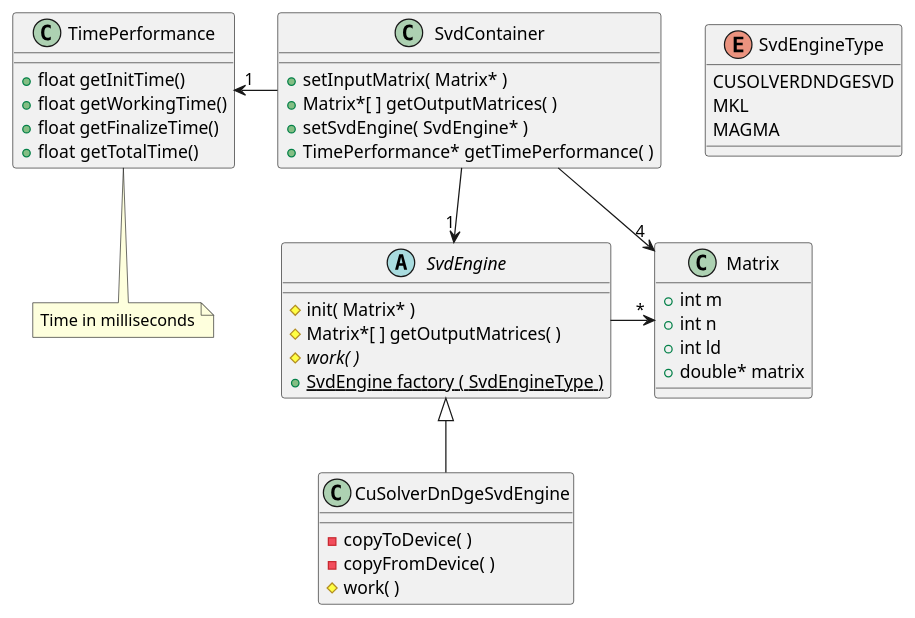
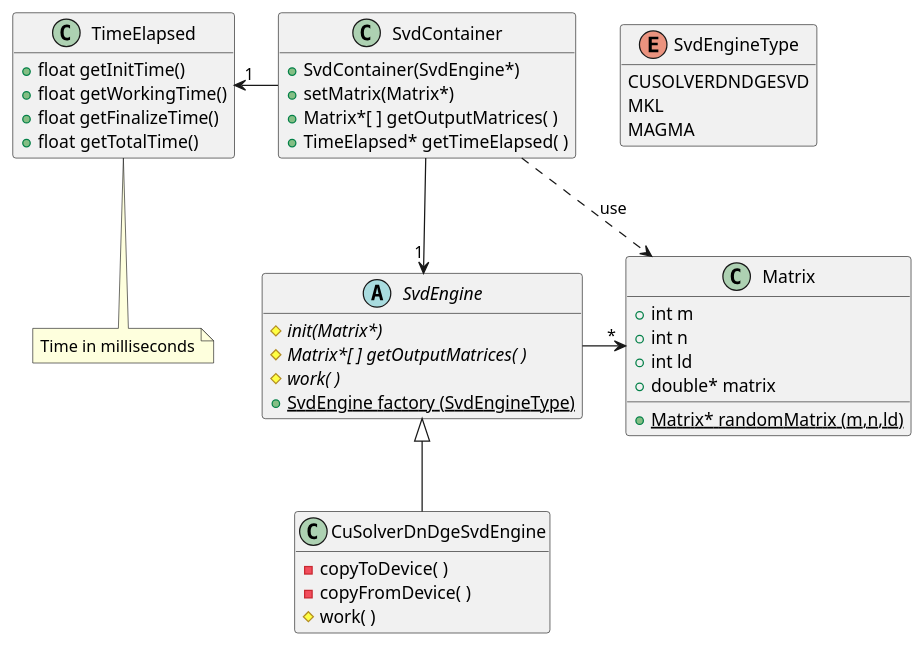
Before and after one commit to newfla/CUDA-K-SVD-Denoising: the diagram in uml/src/classDiagram.puml, drawn with PlantUML. The commit also changed 5 other files, not shown here.

Commit message:
updated UML

```diff
--- a/uml/src/classDiagram.puml
+++ b/uml/src/classDiagram.puml
@@ -1,51 +1,60 @@
 @startuml diagrammaSVD
 
 class Matrix{
     + int m
     + int n
     + int ld
     + double* matrix
+    {static} + Matrix* randomMatrix (m,n,ld)
+
 }
 
 abstract class SvdEngine{
-    # init( Matrix* )
-    # Matrix*[ ] getOutputMatrices( )
+    
+    {abstract} # init(Matrix*)
+    {abstract} # Matrix*[ ] getOutputMatrices( )
     {abstract} # work( )
-    {static} + SvdEngine factory ( SvdEngineType )
+    {static} + SvdEngine factory (SvdEngineType)
 }
 
 enum SvdEngineType{
         CUSOLVERDNDGESVD
         MKL
         MAGMA
 }
 
 class CuSolverDnDgeSvdEngine{
     - copyToDevice( )
     - copyFromDevice( )
     # work( )
 }
 
-class TimePerformance{
+class TimeElapsed{
     + float getInitTime()
     + float getWorkingTime()
     + float getFinalizeTime()
     + float getTotalTime()
 }
 
 note bottom: Time in milliseconds
 
 class SvdContainer{
-    + setInputMatrix( Matrix* )
+    + SvdContainer(SvdEngine*)
+    + setMatrix(Matrix*)
     + Matrix*[ ] getOutputMatrices( )
-    + setSvdEngine( SvdEngine* )
-    + TimePerformance* getTimePerformance( )
+    + TimeElapsed* getTimeElapsed( )
 }
 
-SvdContainer --> "4" Matrix 
+SvdContainer ..>  Matrix : use
 SvdContainer --> "1" SvdEngine
-TimePerformance "1" <- SvdContainer
+TimeElapsed "1" <- SvdContainer
 SvdEngine -> "*" Matrix
 SvdEngine <|-- CuSolverDnDgeSvdEngine
 
+hide SvdEngine fields
+hide TimeElapsed fields
+hide SvdContainer fields
+hide CuSolverDnDgeSvdEngine fields
+hide SvdEngineType methods
+
 @enduml
```
